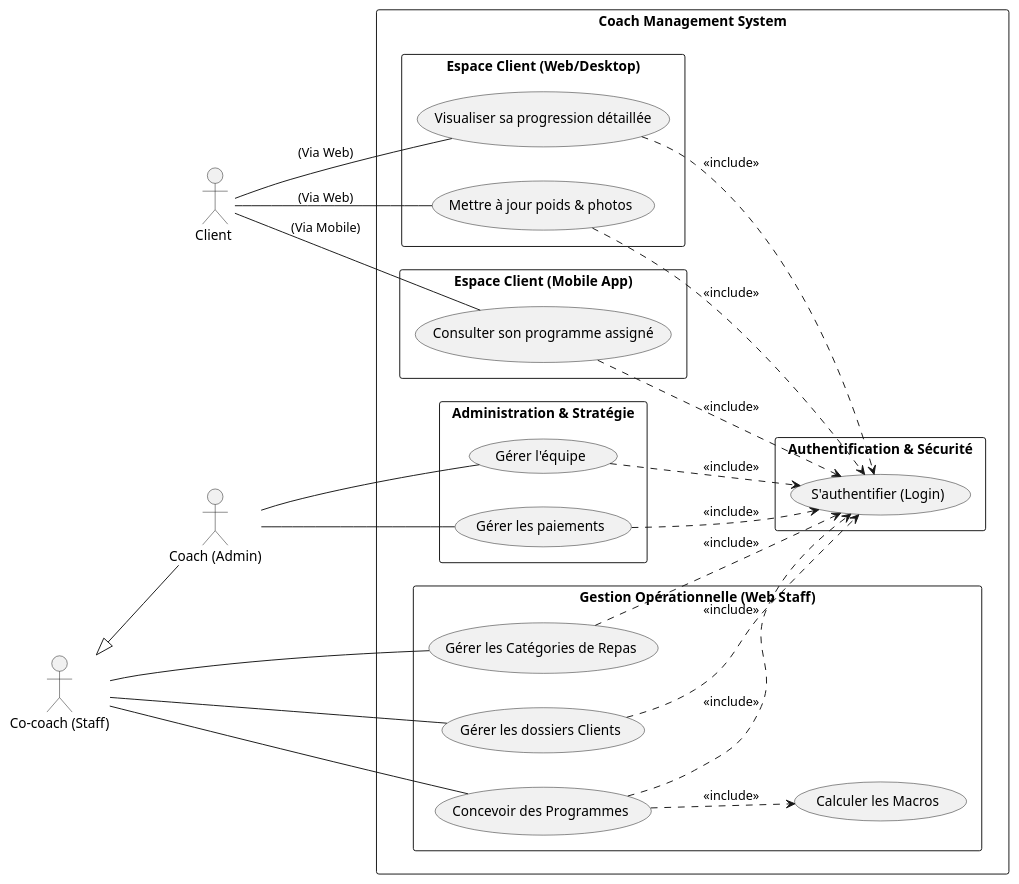
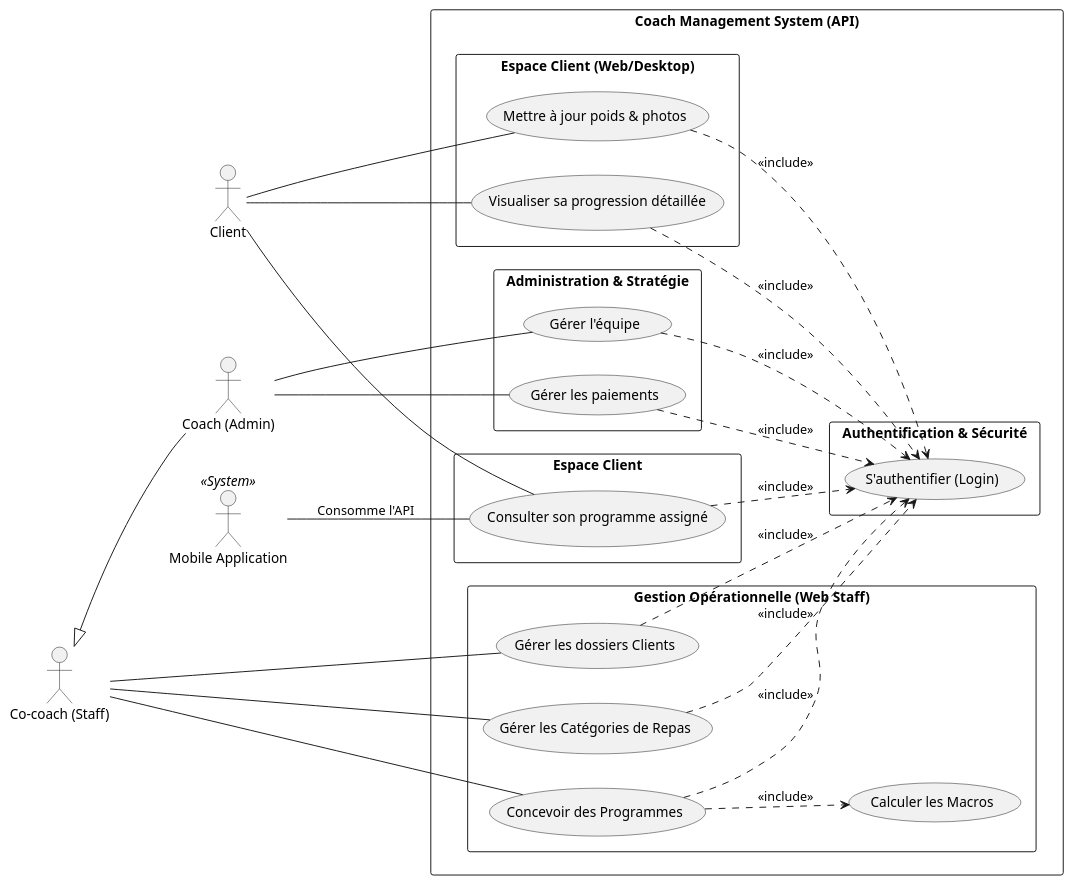
Before and after one commit to BenTaleb-Mehdi/Project-PFE: the diagram in Analyse/usecase-diagramme/global-use-case.plantuml, drawn with PlantUML. The commit also changed 6 other files, not shown here.

```diff
--- a/Analyse/usecase-diagramme/global-use-case.plantuml
+++ b/Analyse/usecase-diagramme/global-use-case.plantuml
@@ -1,68 +1,75 @@
 @startuml
 left to right direction
 skinparam packageStyle rectangle
 skinparam shadowing false
 
 ' Actors
-actor "Client " as Client
+actor "Client" as Client
 actor "Co-coach (Staff)" as Staff
 actor "Coach (Admin)" as Admin
+
+' New Actor: Mobile App (API Consumer)
+actor "Mobile Application" as MobileApp <<System>>
 
 ' Hierarchy
 Staff <|-- Admin
 
-rectangle "Coach Management System" {
+rectangle "Coach Management System (API)" {
 
   package "Authentification & Sécurité" {
     usecase "S'authentifier (Login)" as Login
+  }
+
+  package "Espace Client" {
+    usecase "Consulter son programme assigné" as ViewProg
+    
+    ' Connect API to Use Case
+    ViewProg ..> Login : <<include>>
   }
 
   package "Espace Client (Web/Desktop)" {
     usecase "Mettre à jour poids & photos" as UpdateStats
     usecase "Visualiser sa progression détaillée" as ViewProgress
     
     UpdateStats ..> Login : <<include>>
     ViewProgress ..> Login : <<include>>
-  }
-
-  package "Espace Client (Mobile App)" {
-    usecase "Consulter son programme assigné" as ViewProg
-    
-    ViewProg ..> Login : <<include>>
   }
 
   package "Gestion Opérationnelle (Web Staff)" {
     usecase "Gérer les dossiers Clients" as ManageClients
     usecase "Concevoir des Programmes" as DesignProgs
     usecase "Gérer les Catégories de Repas" as ManageCats
     usecase "Calculer les Macros" as CalcMacros
     
     ManageClients ..> Login : <<include>>
     DesignProgs ..> Login : <<include>>
     ManageCats ..> Login : <<include>>
     DesignProgs ..> CalcMacros : <<include>>
   }
 
   package "Administration & Stratégie" {
     usecase "Gérer l'équipe" as ManageStaff
     usecase "Gérer les paiements" as ManageMoney
     
     ManageStaff ..> Login : <<include>>
     ManageMoney ..> Login : <<include>>
   }
 }
 
-' Client access split by platform
-Client -- ViewProg : "(Via Mobile)"
-Client -- UpdateStats : "(Via Web)"
-Client -- ViewProgress : "(Via Web)"
+' Relations
+Client -- ViewProg
+Client -- UpdateStats
+Client -- ViewProgress
+
+' Link Mobile App Actor to the Use Case it consumes via API
+MobileApp -- ViewProg : "Consomme l'API"
 
 ' Staff & Admin
 Staff -- ManageClients
 Staff -- DesignProgs
 Staff -- ManageCats
 
 Admin -- ManageStaff
 Admin -- ManageMoney
 
 @enduml
```
